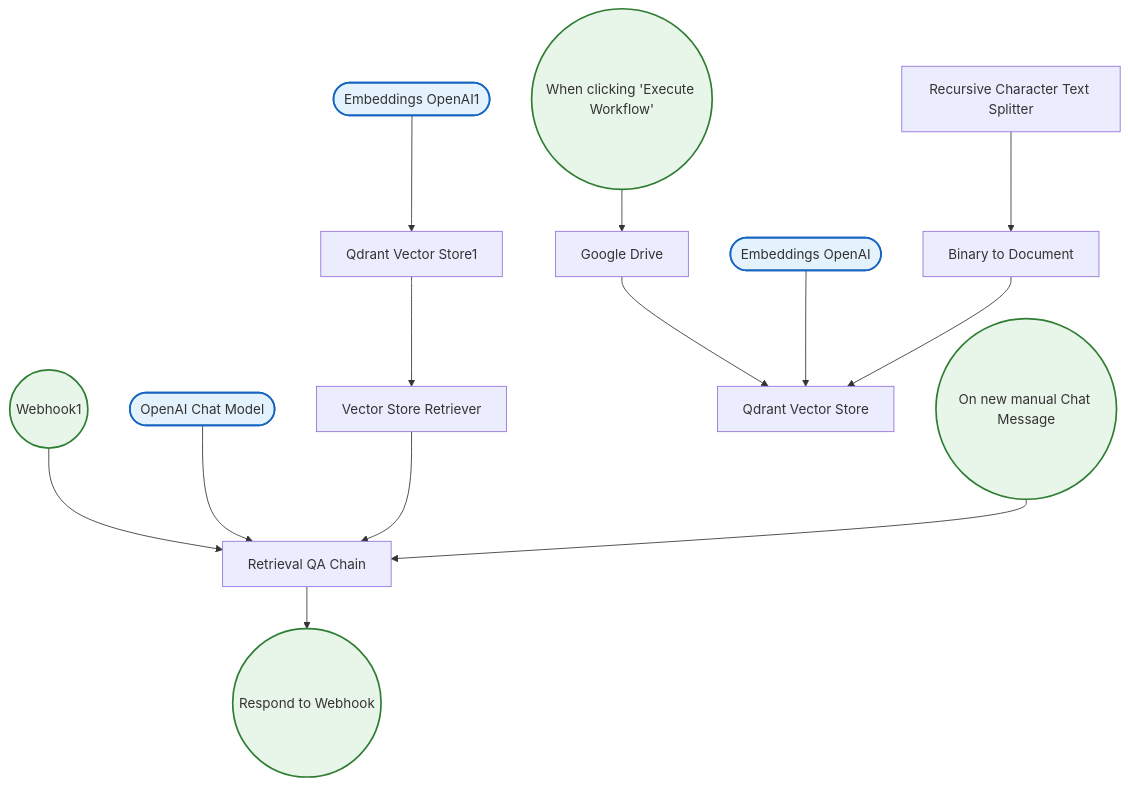
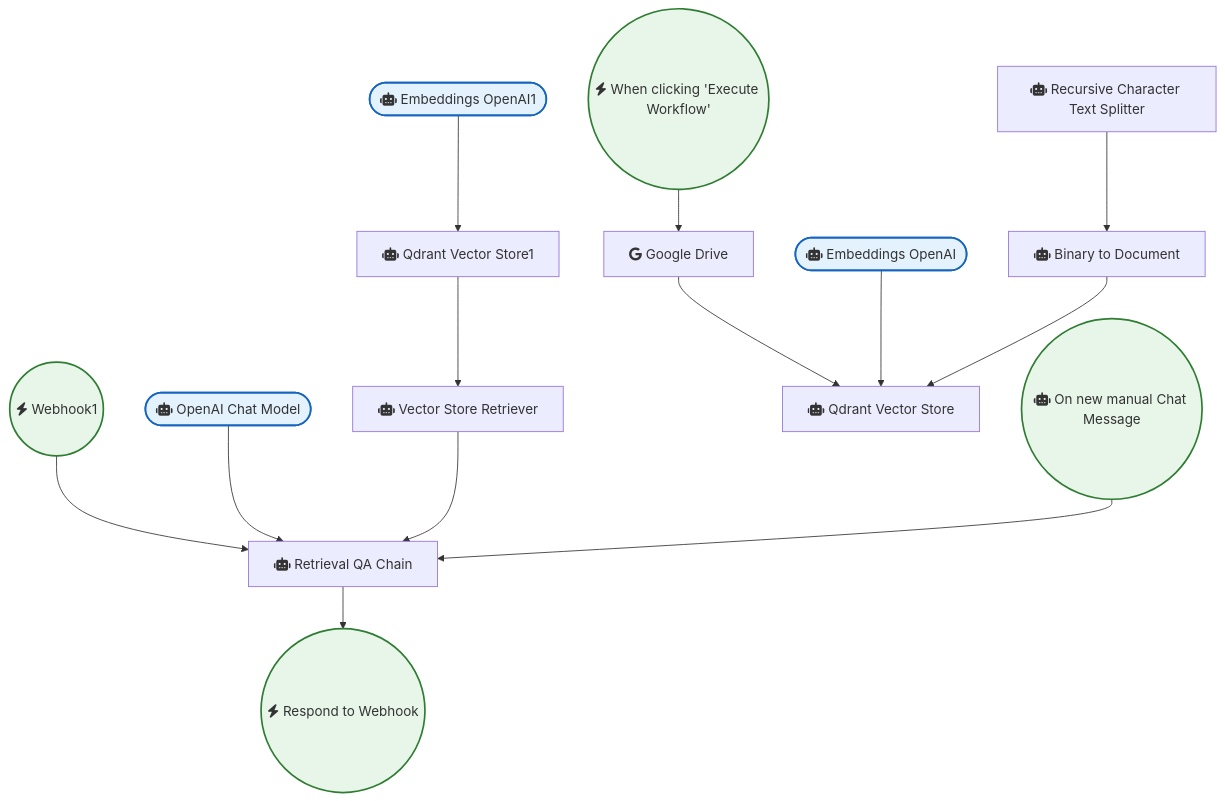
The diagram in OpenAI_and_LLMs/Stock Q&a Workflow.md (sreyash3105/N8N-DEMO-AUTOMATIONS), drawn with Mermaid before and after one commit. The commit also changed 291 other files, not shown here.

````diff
--- a/OpenAI_and_LLMs/Stock Q&a Workflow.md
+++ b/OpenAI_and_LLMs/Stock Q&a Workflow.md
@@ -1,34 +1,34 @@
 ```mermaid
 graph TD
     classDef trigger fill:#e8f5e9,stroke:#2e7d32,stroke-width:2px;
     classDef ai fill:#e3f2fd,stroke:#1565c0,stroke-width:2px;
     classDef logic fill:#fff3e0,stroke:#ef6c00,stroke-width:2px;
 
-    Embeddings_OpenAI1(["Embeddings OpenAI1"]):::ai
-    On_new_manual_Chat_Message(("On new manual Chat Message")):::trigger
-    Retrieval_QA_Chain["Retrieval QA Chain"]
-    Respond_to_Webhook(("Respond to Webhook")):::trigger
-    Vector_Store_Retriever["Vector Store Retriever"]
-    Webhook1(("Webhook1")):::trigger
-    When_clicking__Execute_Workflow_(("When clicking 'Execute Workflow'")):::trigger
-    Google_Drive["Google Drive"]
-    Binary_to_Document["Binary to Document"]
-    Recursive_Character_Text_Splitter["Recursive Character Text Splitter"]
-    Embeddings_OpenAI(["Embeddings OpenAI"]):::ai
-    Qdrant_Vector_Store["Qdrant Vector Store"]
-    Qdrant_Vector_Store1["Qdrant Vector Store1"]
-    OpenAI_Chat_Model(["OpenAI Chat Model"]):::ai
+    Embeddings_OpenAI1(["fas:fa-robot Embeddings OpenAI1"]):::ai
+    On_new_manual_Chat_Message(("fas:fa-robot On new manual Chat Message")):::trigger
+    Retrieval_QA_Chain["fas:fa-robot Retrieval QA Chain"]
+    Respond_to_Webhook(("fas:fa-bolt Respond to Webhook")):::trigger
+    Vector_Store_Retriever["fas:fa-robot Vector Store Retriever"]
+    Webhook1(("fas:fa-bolt Webhook1")):::trigger
+    When_clicking__Execute_Workflow_(("fas:fa-bolt When clicking 'Execute Workflow'")):::trigger
+    Google_Drive["fab:fa-google Google Drive"]
+    Binary_to_Document["fas:fa-robot Binary to Document"]
+    Recursive_Character_Text_Splitter["fas:fa-robot Recursive Character Text Splitter"]
+    Embeddings_OpenAI(["fas:fa-robot Embeddings OpenAI"]):::ai
+    Qdrant_Vector_Store["fas:fa-robot Qdrant Vector Store"]
+    Qdrant_Vector_Store1["fas:fa-robot Qdrant Vector Store1"]
+    OpenAI_Chat_Model(["fas:fa-robot OpenAI Chat Model"]):::ai
 
     Webhook1 --> Retrieval_QA_Chain
     Google_Drive --> Qdrant_Vector_Store
     Embeddings_OpenAI --> Qdrant_Vector_Store
     OpenAI_Chat_Model --> Retrieval_QA_Chain
     Binary_to_Document --> Qdrant_Vector_Store
     Embeddings_OpenAI1 --> Qdrant_Vector_Store1
     Retrieval_QA_Chain --> Respond_to_Webhook
     Qdrant_Vector_Store1 --> Vector_Store_Retriever
     Vector_Store_Retriever --> Retrieval_QA_Chain
     On_new_manual_Chat_Message --> Retrieval_QA_Chain
     When_clicking__Execute_Workflow_ --> Google_Drive
     Recursive_Character_Text_Splitter --> Binary_to_Document
 ```
````
